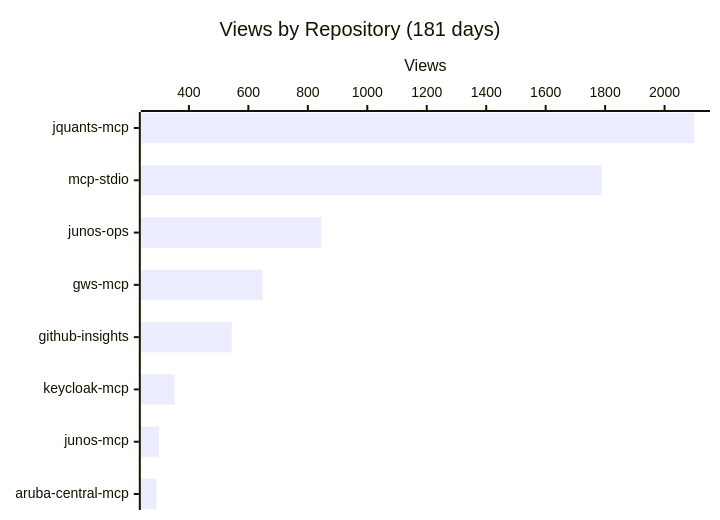
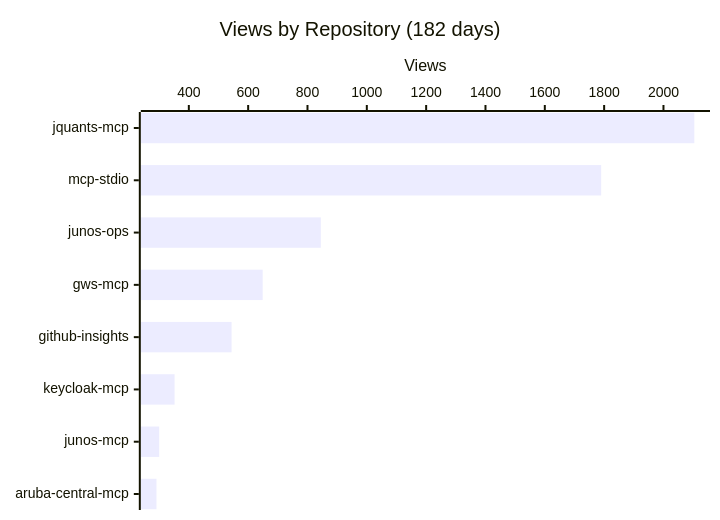
The first of 4 diagrams in README.md (shigechika/github-insights), drawn with Mermaid before and after one commit. The commit also changed other lines of this file and 2 other files, not shown here.

````diff
--- a/README.md
+++ b/README.md
@@ -18,7 +18,7 @@
 ```mermaid
 xychart-beta horizontal
-    title "Views by Repository (181 days)"
+    title "Views by Repository (182 days)"
     x-axis ["jquants-mcp", "mcp-stdio", "junos-ops", "gws-mcp", "github-insights", "keycloak-mcp", "junos-mcp", "aruba-central-mcp"]
     y-axis "Views"
-    bar [2100, 1789, 845, 648, 544, 352, 300, 291]
+    bar [2104, 1790, 845, 649, 544, 352, 300, 291]
 ```
````
